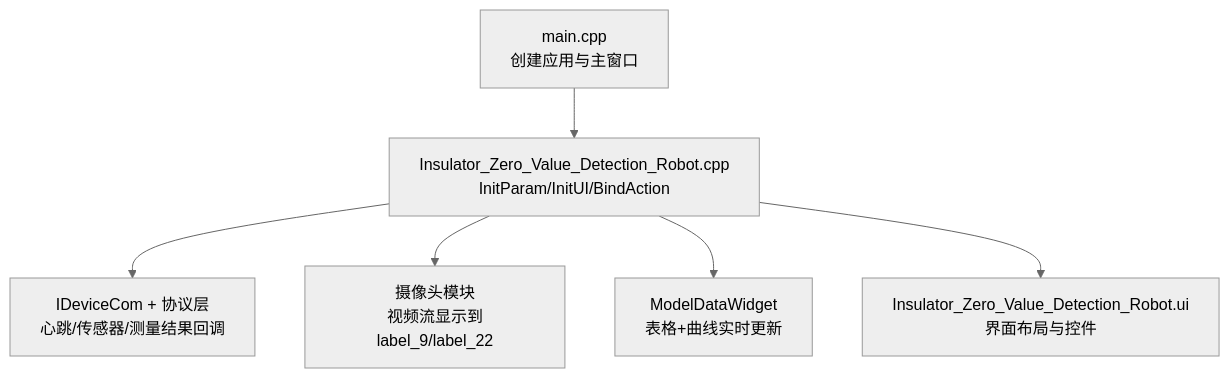
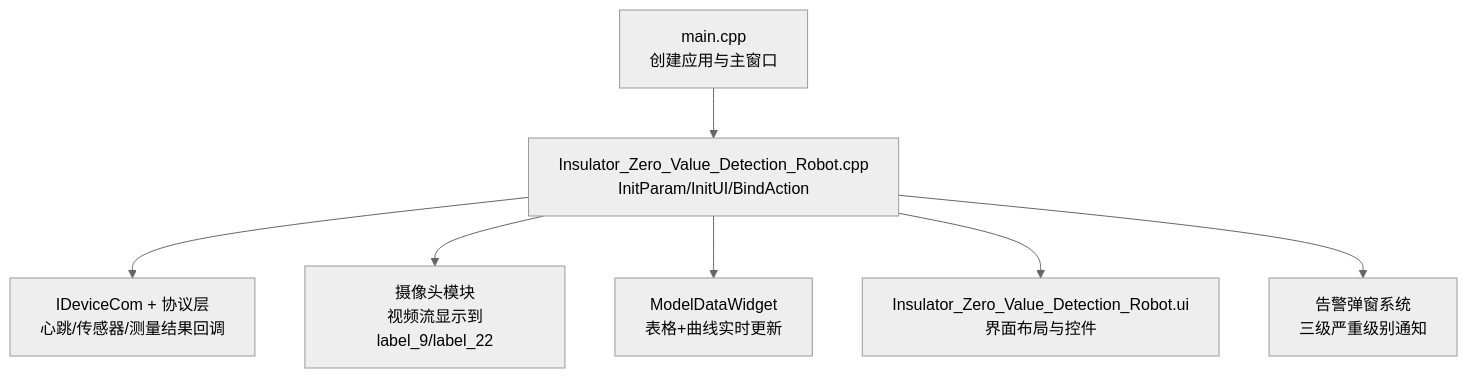
The first of 6 diagrams in .qoder/repowiki/zh/content/用户手册/实时监控面板/实时监控面板.md (yangreest/Zero-value-Insulator-Robot-V2), drawn with Mermaid (neutral theme) before and after one commit. The commit also changed other lines of this file and 22 other files, not shown here.

````diff
--- a/.qoder/repowiki/zh/content/用户手册/实时监控面板/实时监控面板.md
+++ b/.qoder/repowiki/zh/content/用户手册/实时监控面板/实时监控面板.md
@@ -45,8 +45,9 @@
 ```mermaid
 graph TB
 A["main.cpp<br/>创建应用与主窗口"] --> B["Insulator_Zero_Value_Detection_Robot.cpp<br/>InitParam/InitUI/BindAction"]
 B --> C["IDeviceCom + 协议层<br/>心跳/传感器/测量结果回调"]
 B --> D["摄像头模块<br/>视频流显示到label_9/label_22"]
 B --> E["ModelDataWidget<br/>表格+曲线实时更新"]
 B --> F["Insulator_Zero_Value_Detection_Robot.ui<br/>界面布局与控件"]
+B --> G["告警弹窗系统<br/>三级严重级别通知"]
 ```
````
